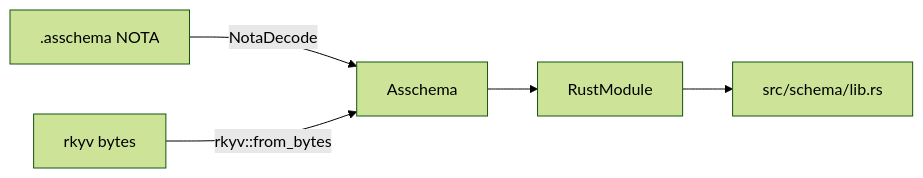
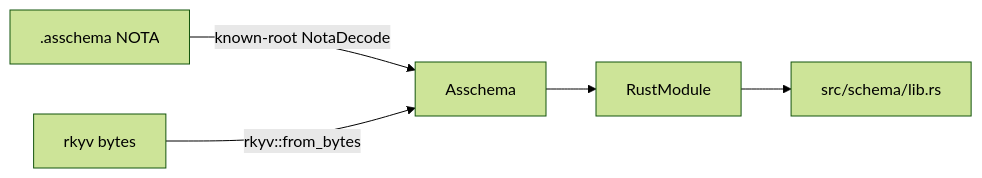
One commit to LiGoldragon/primary changed the seventh of 8 diagrams in reports/operator/264-asschema-typed-data-rkyv-sema-nota-presentation-2026-05-31.md. Above: the diagram before and after it, drawn with Mermaid (forest theme). The commit also changed other lines of this file, not shown here.

Commit message:
operator: update asschema root document presentation

````diff
--- a/reports/operator/264-asschema-typed-data-rkyv-sema-nota-presentation-2026-05-31.md
+++ b/reports/operator/264-asschema-typed-data-rkyv-sema-nota-presentation-2026-05-31.md
@@ -572,13 +608,13 @@
 ```mermaid
 flowchart LR
   Text[".asschema NOTA"]
   Bytes["rkyv bytes"]
   Value["Asschema"]
   Module["RustModule"]
   Source["src/schema/lib.rs"]
 
-  Text -->|NotaDecode| Value
+  Text -->|known-root NotaDecode| Value
   Bytes -->|rkyv::from_bytes| Value
   Value --> Module
   Module --> Source
 ```
````
